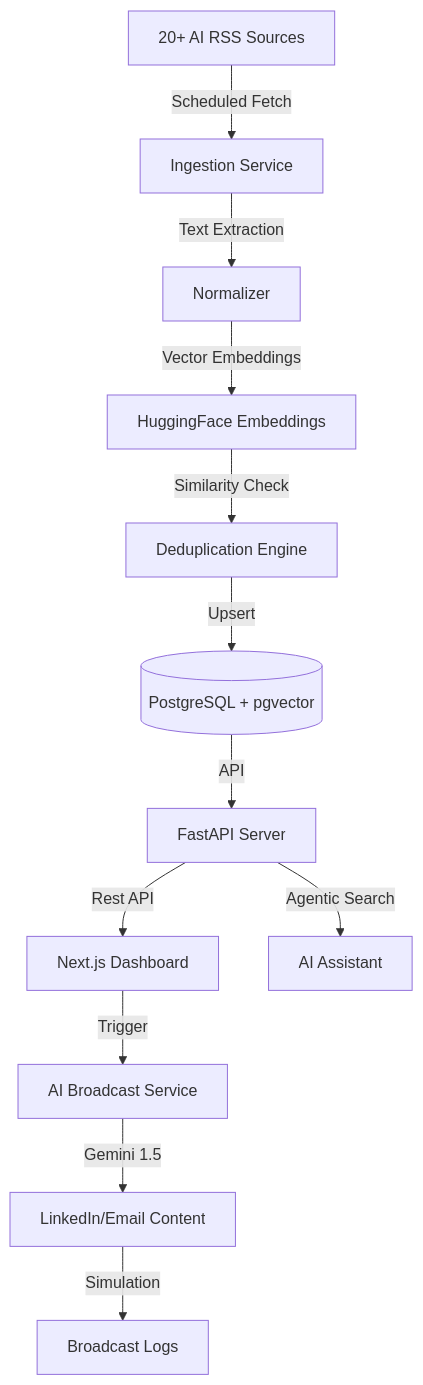
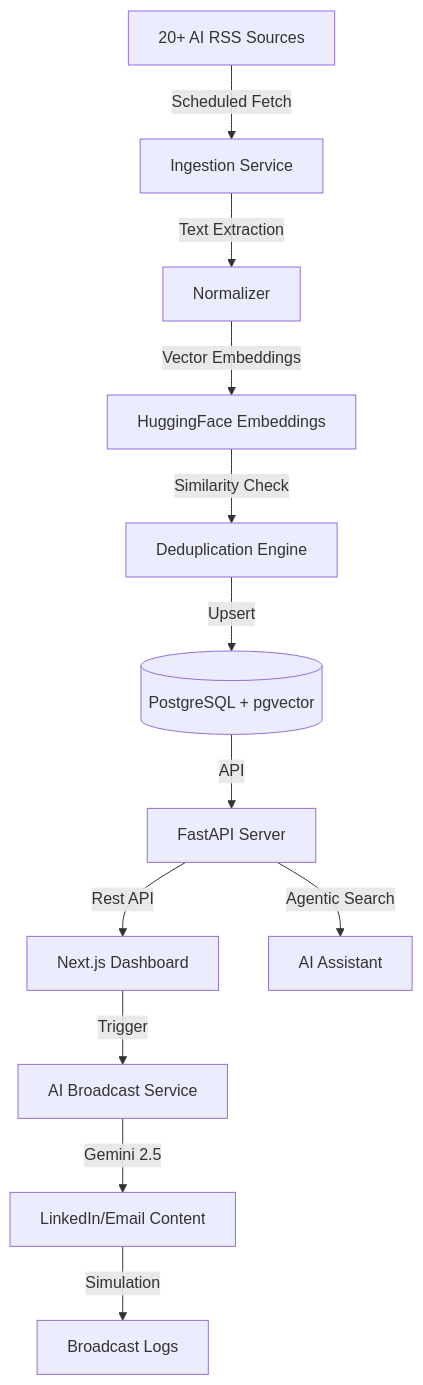
Before and after one commit to Rishabh23112/AI_News_Aggregator: the diagram in README.md, drawn with Mermaid.

Commit message:
AI News Aggregator

````diff
--- a/README.md
+++ b/README.md
@@ -7,16 +7,16 @@
 ```mermaid
 graph TD
     Sources[20+ AI RSS Sources] -->|Scheduled Fetch| Ingestion[Ingestion Service]
     Ingestion -->|Text Extraction| Normalizer[Normalizer]
     Normalizer -->|Vector Embeddings| Embedder[HuggingFace Embeddings]
     Embedder -->|Similarity Check| Dedup[Deduplication Engine]
     Dedup -->|Upsert| DB[(PostgreSQL + pgvector)]
     
     DB -->|API| Server[FastAPI Server]
     Server -->|Rest API| UI[Next.js Dashboard]
     Server -->|Agentic Search| Assistant[AI Assistant]
     
     UI -->|Trigger| Broadcast[AI Broadcast Service]
-    Broadcast -->|Gemini 1.5| ContentGen[LinkedIn/Email Content]
+    Broadcast -->|Gemini 2.5| ContentGen[LinkedIn/Email Content]
     ContentGen -->|Simulation| Log[Broadcast Logs]
 ```
````
